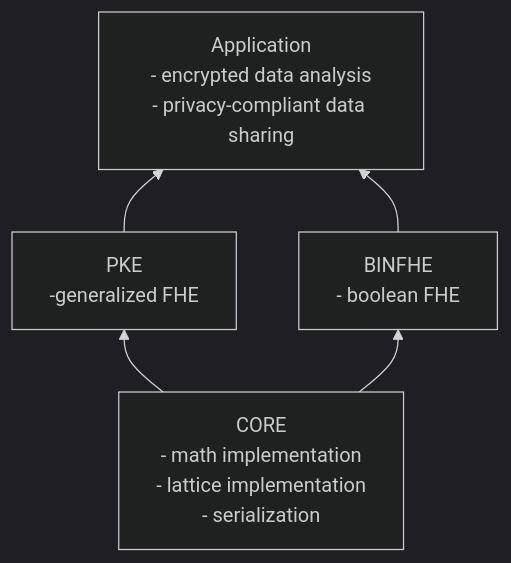
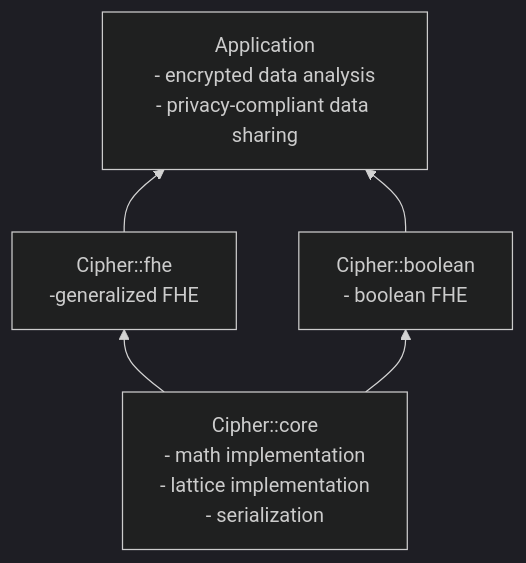
Before and after one commit to aeropittura/cipher: the diagram in docs/sphinx_rsts/modules/modules.rst, drawn with Mermaid (dark theme). The commit also changed other lines of this file and 284 other files, not shown here.

```diff
--- a/docs/sphinx_rsts/modules/modules.rst
+++ b/docs/sphinx_rsts/modules/modules.rst
@@ -7,7 +7,7 @@
 .. mermaid::
 
   graph BT
-      A[CORE<br/>- math implementation<br/>- lattice implementation<br/>- serialization] --> B[PKE<br/> -generalized FHE];
-      A --> C[BINFHE<br/>- boolean FHE];
+      A[Cipher::core<br/>- math implementation<br/>- lattice implementation<br/>- serialization] --> B[Cipher::fhe<br/> -generalized FHE];
+      A --> C[Cipher::boolean<br/>- boolean FHE];
       B --> D[Application<br/>- encrypted data analysis<br/>- privacy-compliant data sharing];
       C --> D;
```
